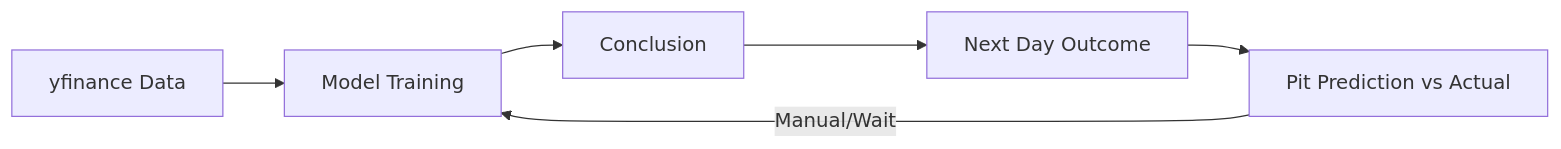
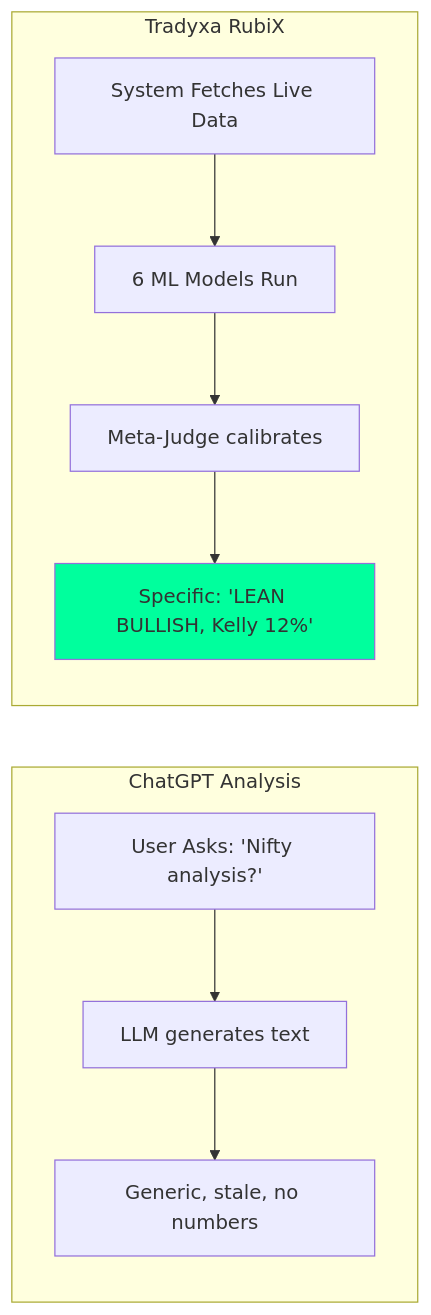
The fourth of 5 diagrams in README.md (pravindev666/Tradyx-Aleph), drawn with Mermaid before and after one commit. The commit also changed other lines of this file, not shown here.

````diff
--- a/README.md
+++ b/README.md
@@ -14,8 +213,16 @@
 ```mermaid
 graph LR
-    A[yfinance Data] --> B[Model Training]
-    B --> C[Conclusion]
-    C --> D[Next Day Outcome]
-    D --> E[Pit Prediction vs Actual]
-    E -->|Manual/Wait| B
+    subgraph "ChatGPT Analysis"
+        A[User Asks: 'Nifty analysis?']
+        A --> B[LLM generates text]
+        B --> C[Generic, stale, no numbers]
+    end
+    subgraph "Tradyxa RubiX"
+        D[System Fetches Live Data]
+        D --> E[6 ML Models Run]
+        E --> F[Meta-Judge calibrates]
+        F --> G[Specific: 'LEAN BULLISH, Kelly 12%']
+    end
+
+    style G fill:#00ff9d
 ```
````
